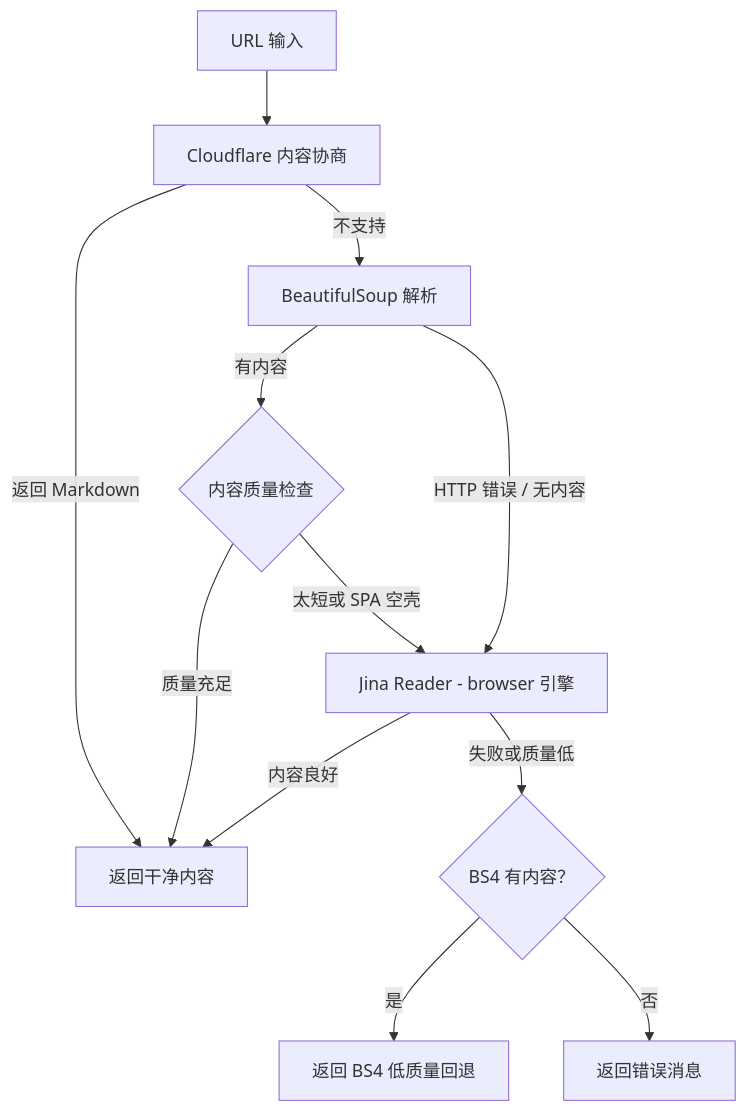
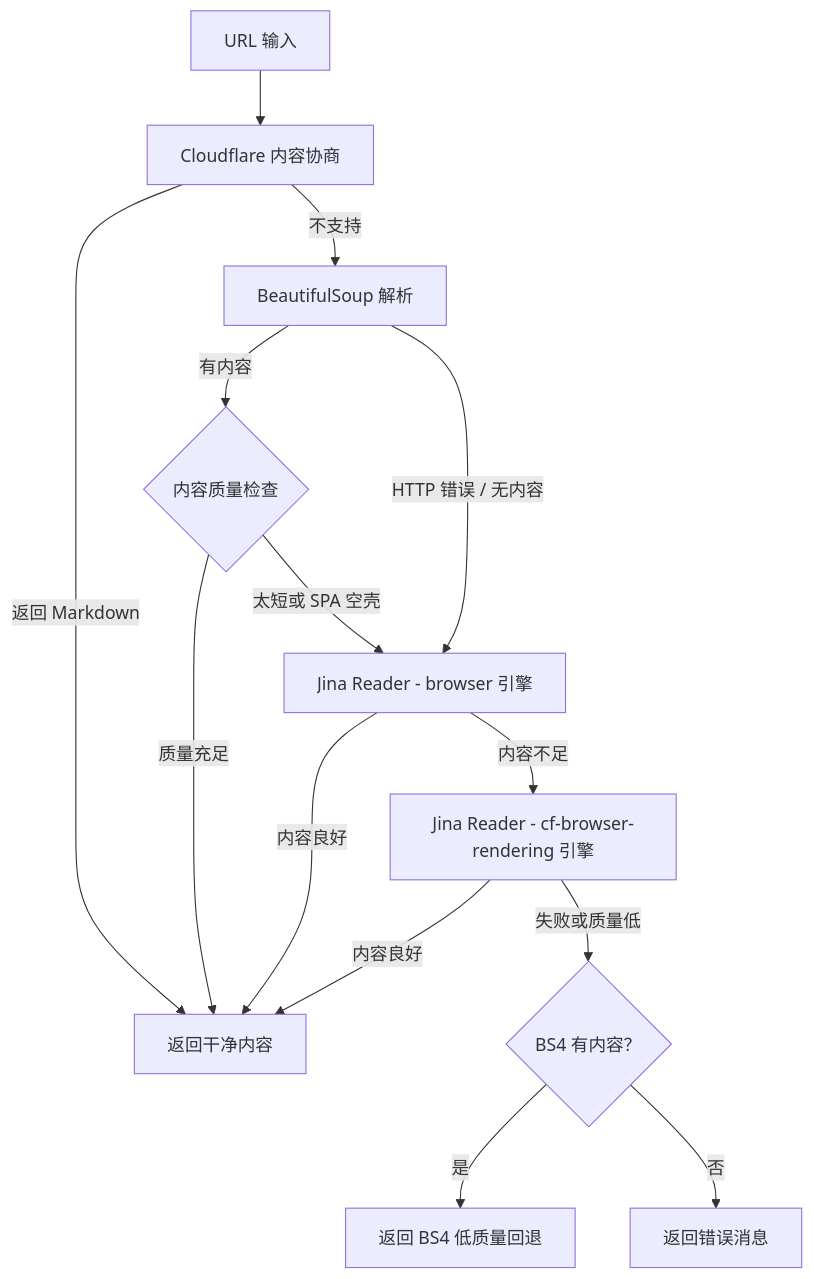
The diagram in docs/tools/websearch/web_fetch_tool.md (Oaklight/toolregistry-hub), drawn with Mermaid before and after one commit. The commit also changed other lines of this file, not shown here.

Commit message:
docs: 更新网页获取工具文档，添加 Jina Reader 多引擎重试和 SPA 改进说明

````diff
--- a/docs/tools/websearch/web_fetch_tool.md
+++ b/docs/tools/websearch/web_fetch_tool.md
@@ -78,14 +78,16 @@
 ```mermaid
 flowchart TD
     A[URL 输入] --> B[Cloudflare 内容协商]
     B -->|返回 Markdown| Z[返回干净内容]
     B -->|不支持| C[BeautifulSoup 解析]
     C -->|有内容| D{内容质量检查}
     D -->|质量充足| Z
     C -->|HTTP 错误 / 无内容| F
     D -->|太短或 SPA 空壳| F[Jina Reader - browser 引擎]
     F -->|内容良好| Z
-    F -->|失败或质量低| G{BS4 有内容？}
+    F -->|内容不足| F2[Jina Reader - cf-browser-rendering 引擎]
+    F2 -->|内容良好| Z
+    F2 -->|失败或质量低| G{BS4 有内容？}
     G -->|是| H[返回 BS4 低质量回退]
     G -->|否| I[返回错误消息]
 ```
````
